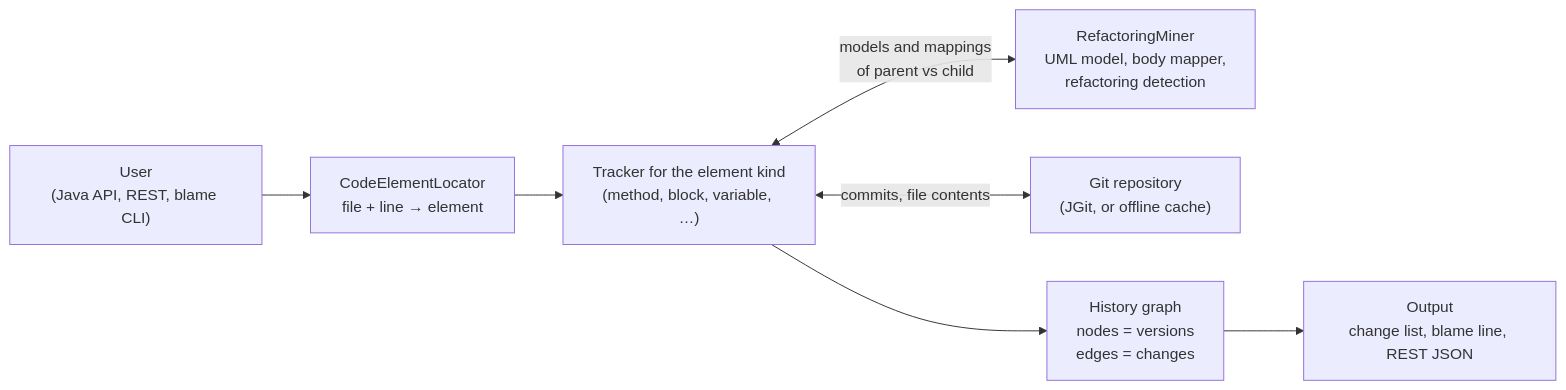
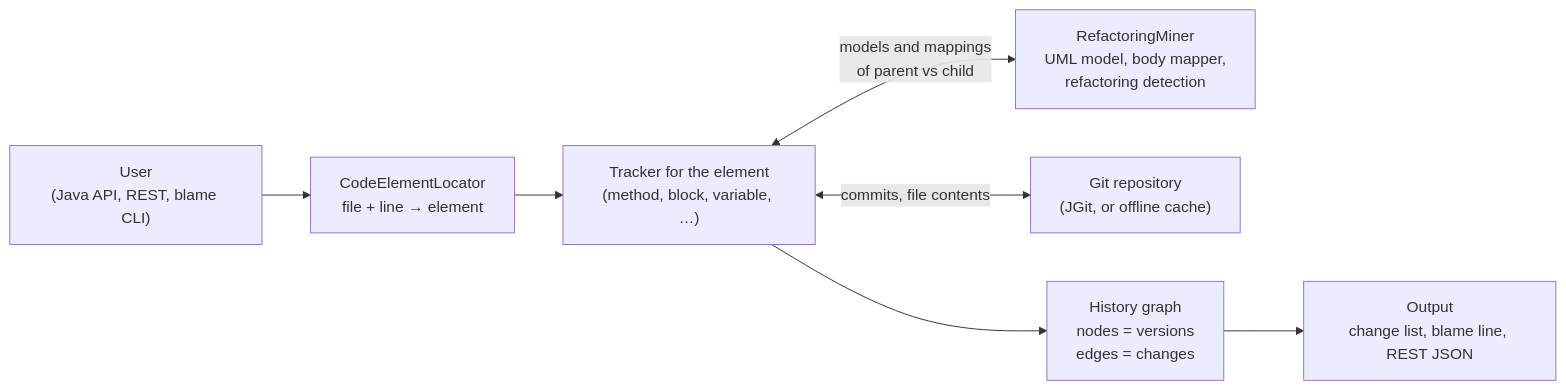
Before and after one commit to parinaz-st/code-tracker: the diagram in docs/architecture/01-overview.md, drawn with Mermaid. The commit also changed other lines of this file and 11 other files, not shown here.

````diff
--- a/docs/architecture/01-overview.md
+++ b/docs/architecture/01-overview.md
@@ -11,9 +11,9 @@
 ```mermaid
 flowchart LR
     U["User<br/>(Java API, REST, blame CLI)"] --> L["CodeElementLocator<br/>file + line → element"]
-    L --> T["Tracker for the element kind<br/>(method, block, variable, …)"]
+    L --> T["Tracker for the element<br/>(method, block, variable, …)"]
     T <-->|"models and mappings<br/>of parent vs child"| RM["RefactoringMiner<br/>UML model, body mapper,<br/>refactoring detection"]
     T <-->|"commits, file contents"| G["Git repository<br/>(JGit, or offline cache)"]
     T --> H["History graph<br/>nodes = versions<br/>edges = changes"]
     H --> O["Output<br/>change list, blame line, REST JSON"]
 ```
````
